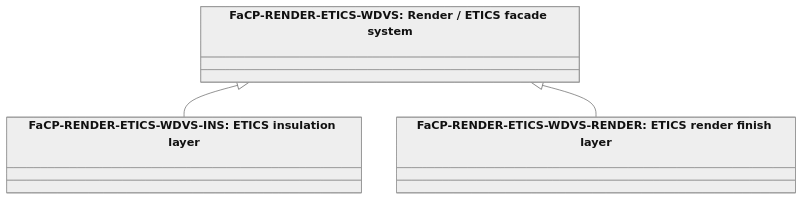
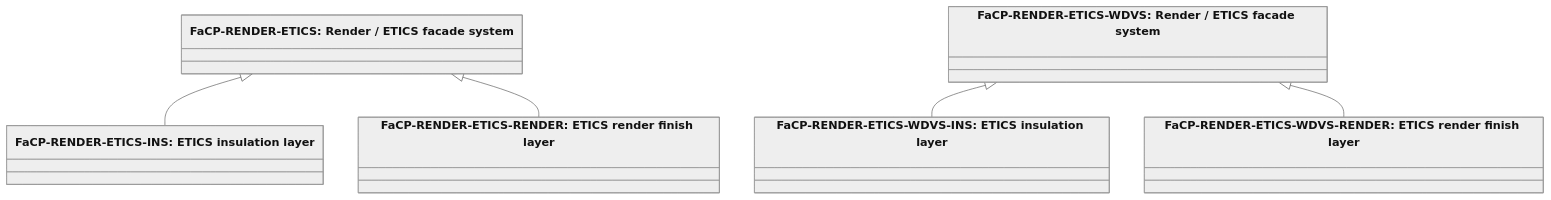
Before and after one commit to pragmaticBIM/pragmatic-bim-data-contract: the diagram in site/classification/facade-covering-product.md, drawn with Mermaid (neutral theme). The commit also changed other lines of this file and 628 other files, not shown here.

````diff
--- a/site/classification/facade-covering-product.md
+++ b/site/classification/facade-covering-product.md
@@ -18,9 +18,14 @@
 ```mermaid
 classDiagram
 direction TB
+class n_FaCP_RENDER_ETICS["FaCP-RENDER-ETICS: Render / ETICS facade system"]
+class n_FaCP_RENDER_ETICS_INS["FaCP-RENDER-ETICS-INS: ETICS insulation layer"]
+class n_FaCP_RENDER_ETICS_RENDER["FaCP-RENDER-ETICS-RENDER: ETICS render finish layer"]
 class n_FaCP_RENDER_ETICS_WDVS["FaCP-RENDER-ETICS-WDVS: Render / ETICS facade system"]
 class n_FaCP_RENDER_ETICS_WDVS_INS["FaCP-RENDER-ETICS-WDVS-INS: ETICS insulation layer"]
 class n_FaCP_RENDER_ETICS_WDVS_RENDER["FaCP-RENDER-ETICS-WDVS-RENDER: ETICS render finish layer"]
+n_FaCP_RENDER_ETICS <|-- n_FaCP_RENDER_ETICS_INS
+n_FaCP_RENDER_ETICS <|-- n_FaCP_RENDER_ETICS_RENDER
 n_FaCP_RENDER_ETICS_WDVS <|-- n_FaCP_RENDER_ETICS_WDVS_INS
 n_FaCP_RENDER_ETICS_WDVS <|-- n_FaCP_RENDER_ETICS_WDVS_RENDER
 ```
````
